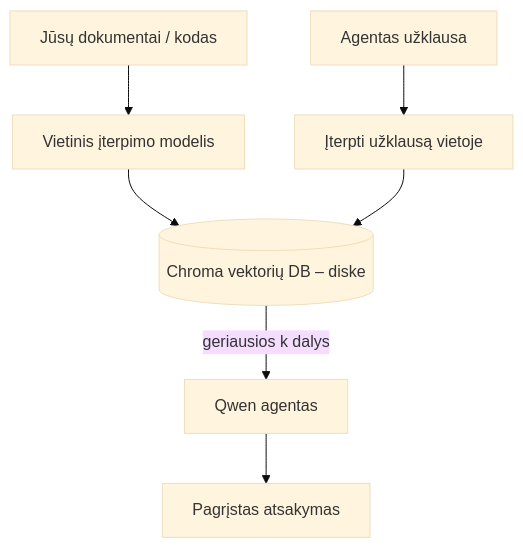
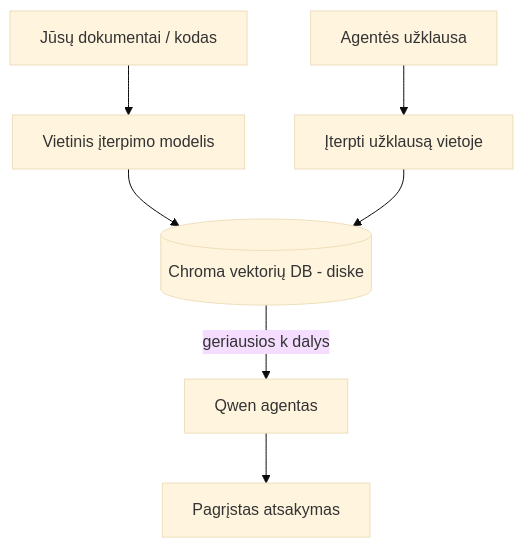
Before and after one commit to microsoft/ai-agents-for-beginners: the third of 4 diagrams in translations/lt/17-creating-local-ai-agents/README.md, drawn with Mermaid (base theme). The commit also changed other lines of this file and 45 other files, not shown here.

````diff
--- a/translations/lt/17-creating-local-ai-agents/README.md
+++ b/translations/lt/17-creating-local-ai-agents/README.md
@@ -125,9 +125,9 @@
 ```mermaid
 flowchart TB
     D[Jūsų dokumentai / kodas] --> E[Vietinis įterpimo modelis]
-    E --> V[(Chroma vektorių DB – diske)]
-    Q[Agentas užklausa] --> QE[Įterpti užklausą vietoje]
+    E --> V[(Chroma vektorių DB - diske)]
+    Q[Agentės užklausa] --> QE[Įterpti užklausą vietoje]
     QE --> V
     V -->|geriausios k dalys| A[Qwen agentas]
     A --> Ans[Pagrįstas atsakymas]
 ```
````
